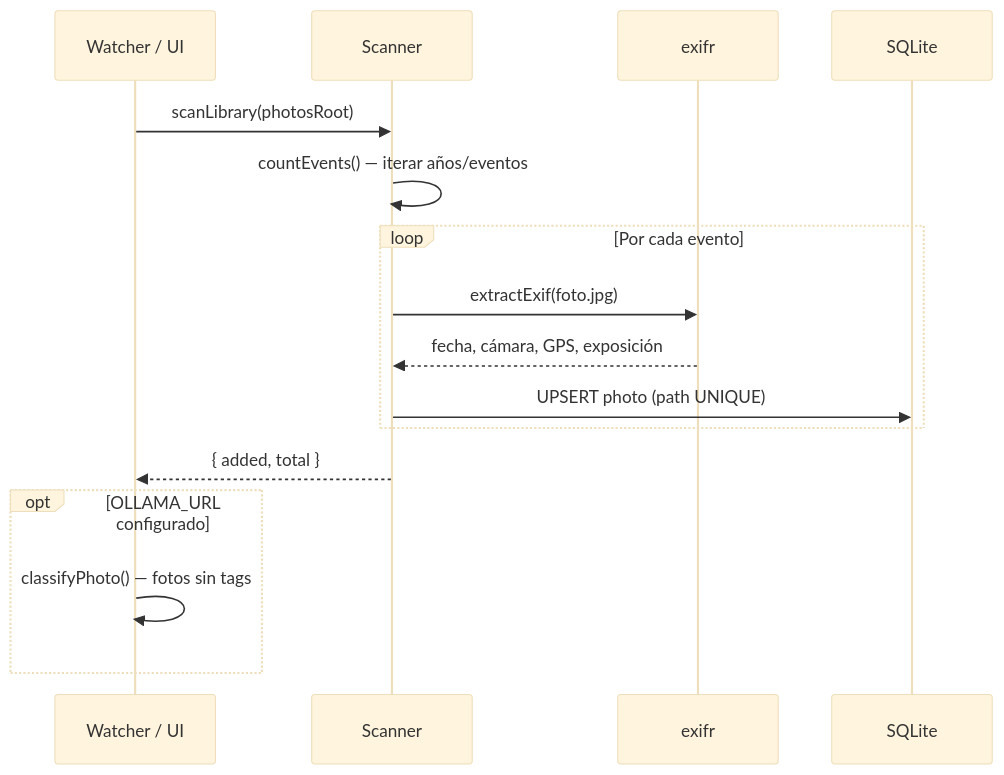
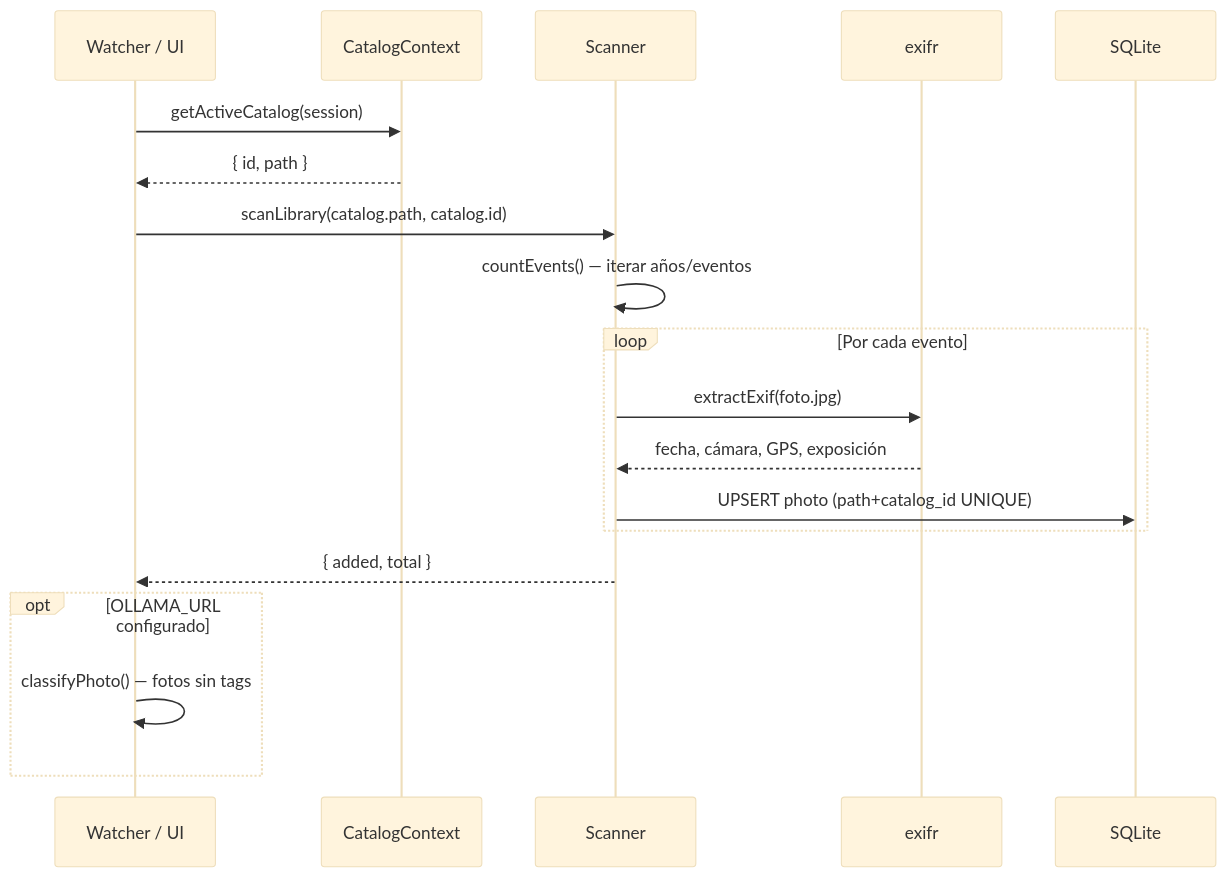
One commit to labombina7/photoshelf changed the third of 3 diagrams in docs/tecnico/01-arquitectura.md. Above: the diagram before and after it, drawn with Mermaid (base theme). The commit also changed other lines of this file and 5 other files, not shown here.

````diff
--- a/docs/tecnico/01-arquitectura.md
+++ b/docs/tecnico/01-arquitectura.md
@@ -101,20 +150,23 @@
 ```mermaid
 sequenceDiagram
     participant W as Watcher / UI
+    participant CC as CatalogContext
     participant S as Scanner
     participant E as exifr
     participant DB as SQLite
 
-    W->>S: scanLibrary(photosRoot)
+    W->>CC: getActiveCatalog(session)
+    CC-->>W: { id, path }
+    W->>S: scanLibrary(catalog.path, catalog.id)
     S->>S: countEvents() — iterar años/eventos
     loop Por cada evento
         S->>E: extractExif(foto.jpg)
         E-->>S: fecha, cámara, GPS, exposición
-        S->>DB: UPSERT photo (path UNIQUE)
+        S->>DB: UPSERT photo (path+catalog_id UNIQUE)
     end
     S-->>W: { added, total }
-    
+
     opt OLLAMA_URL configurado
         W->>W: classifyPhoto() — fotos sin tags
     end
 ```
````
